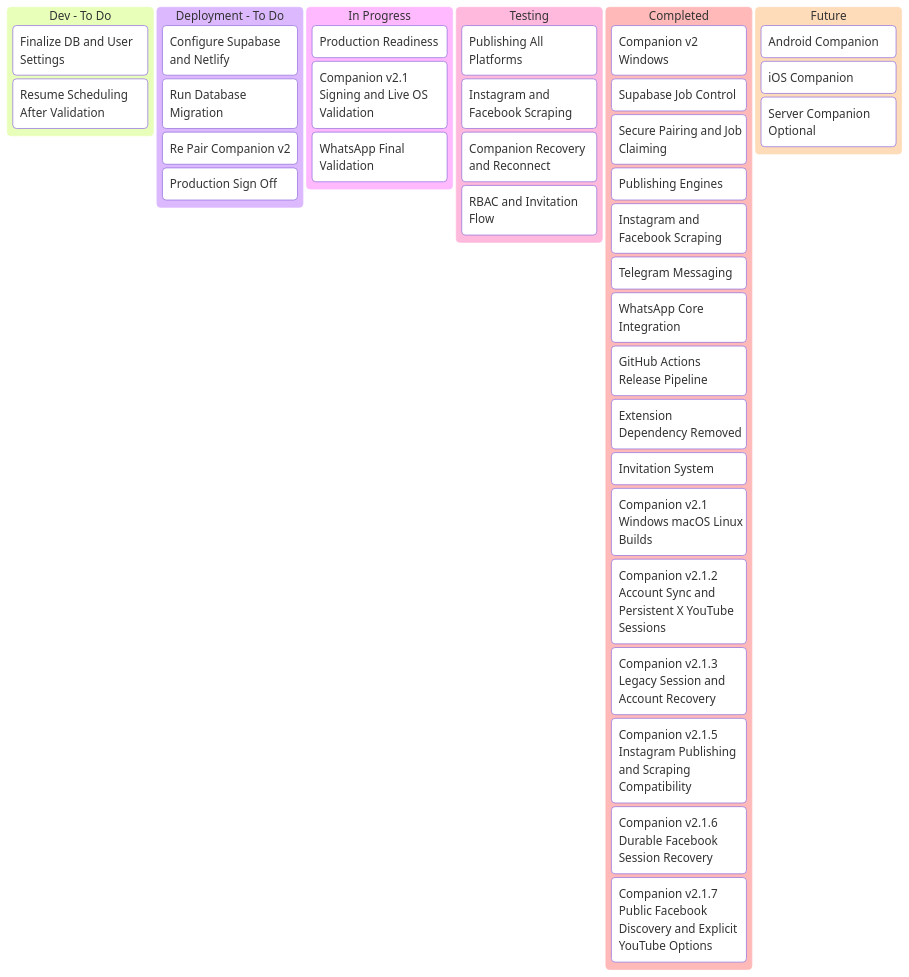
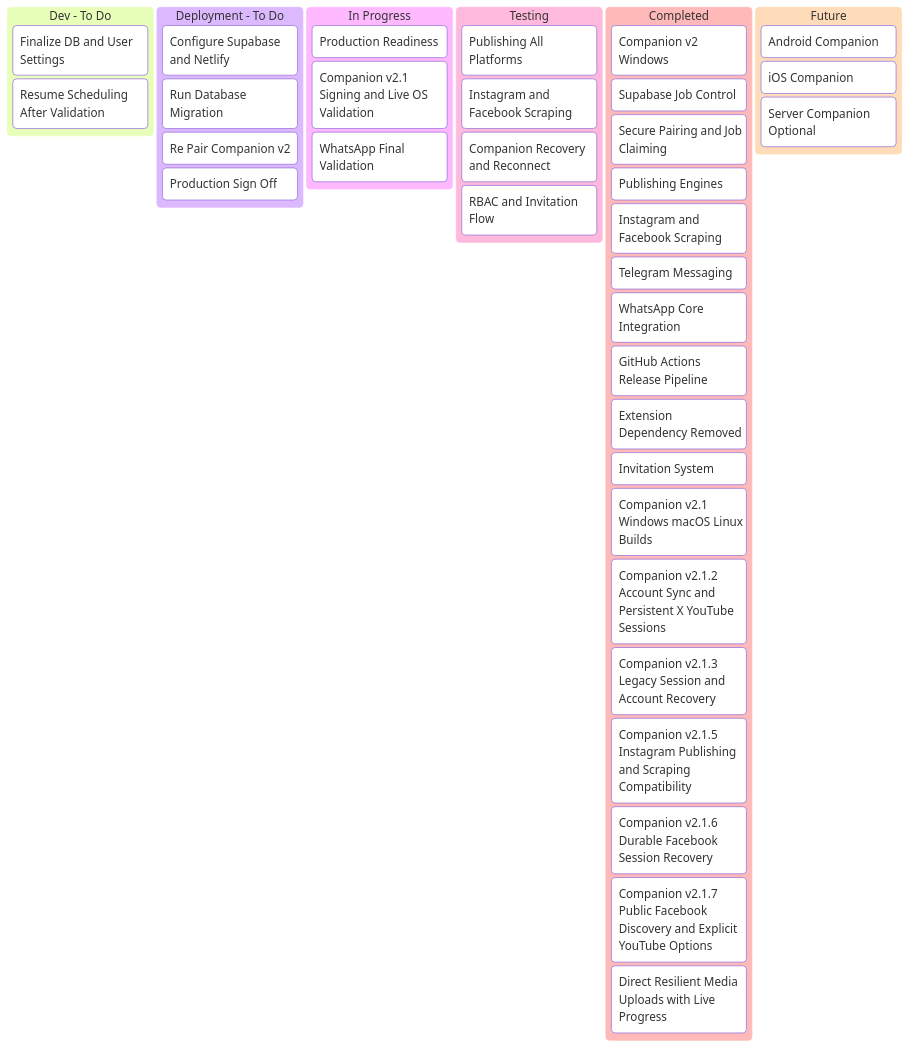
One commit to tinitiateprime/agentic-that changed the first of 2 diagrams in agentic-that-project-tracker.md. Above: the diagram before and after it, drawn with Mermaid. The commit also changed 9 other files, not shown here.

````diff
--- a/agentic-that-project-tracker.md
+++ b/agentic-that-project-tracker.md
@@ -5,46 +5,47 @@
 ```mermaid
 kanban
   devTodo[Dev - To Do]
     dev1[Finalize DB and User Settings]
     dev2[Resume Scheduling After Validation]
 
   deploymentTodo[Deployment - To Do]
     dep1[Configure Supabase and Netlify]
     dep2[Run Database Migration]
     dep3[Re Pair Companion v2]
     dep4[Production Sign Off]
 
   inProgress[In Progress]
     prog1[Production Readiness]
     prog2[Companion v2.1 Signing and Live OS Validation]
     prog3[WhatsApp Final Validation]
 
   testing[Testing]
     test1[Publishing All Platforms]
     test2[Instagram and Facebook Scraping]
     test3[Companion Recovery and Reconnect]
     test4[RBAC and Invitation Flow]
 
   completed[Completed]
     done1[Companion v2 Windows]
     done2[Supabase Job Control]
     done3[Secure Pairing and Job Claiming]
     done4[Publishing Engines]
     done5[Instagram and Facebook Scraping]
     done6[Telegram Messaging]
     done7[WhatsApp Core Integration]
     done8[GitHub Actions Release Pipeline]
     done9[Extension Dependency Removed]
     done10[Invitation System]
     done11[Companion v2.1 Windows macOS Linux Builds]
     done12[Companion v2.1.2 Account Sync and Persistent X YouTube Sessions]
     done13[Companion v2.1.3 Legacy Session and Account Recovery]
     done14[Companion v2.1.5 Instagram Publishing and Scraping Compatibility]
     done15[Companion v2.1.6 Durable Facebook Session Recovery]
     done16[Companion v2.1.7 Public Facebook Discovery and Explicit YouTube Options]
+    done17[Direct Resilient Media Uploads with Live Progress]
 
   future[Future]
     future1[Android Companion]
     future2[iOS Companion]
     future3[Server Companion Optional]
 ```
````
